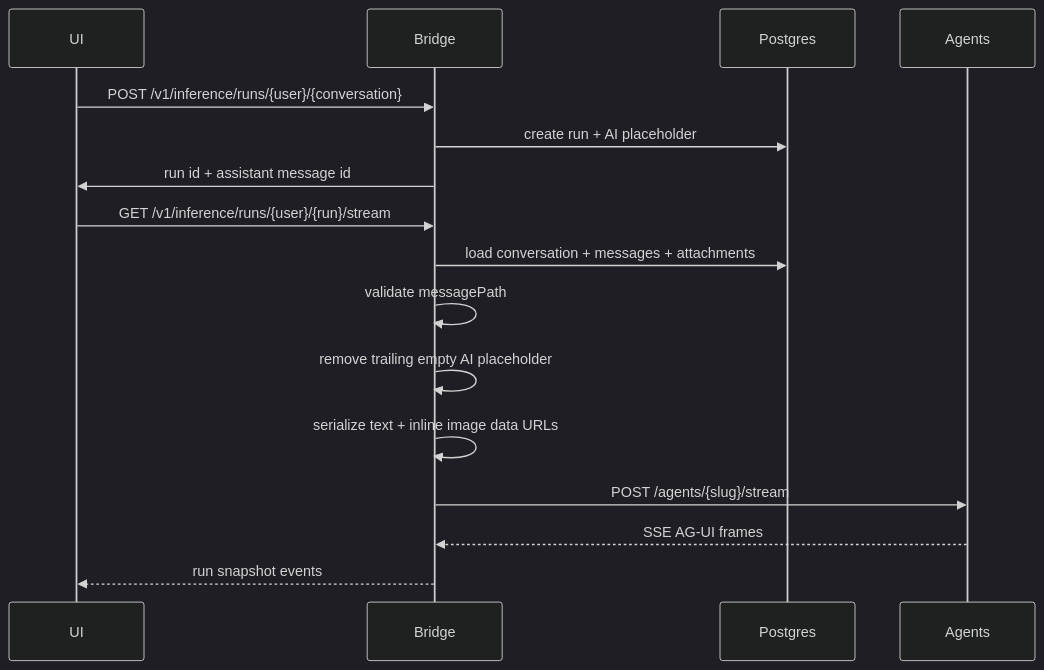
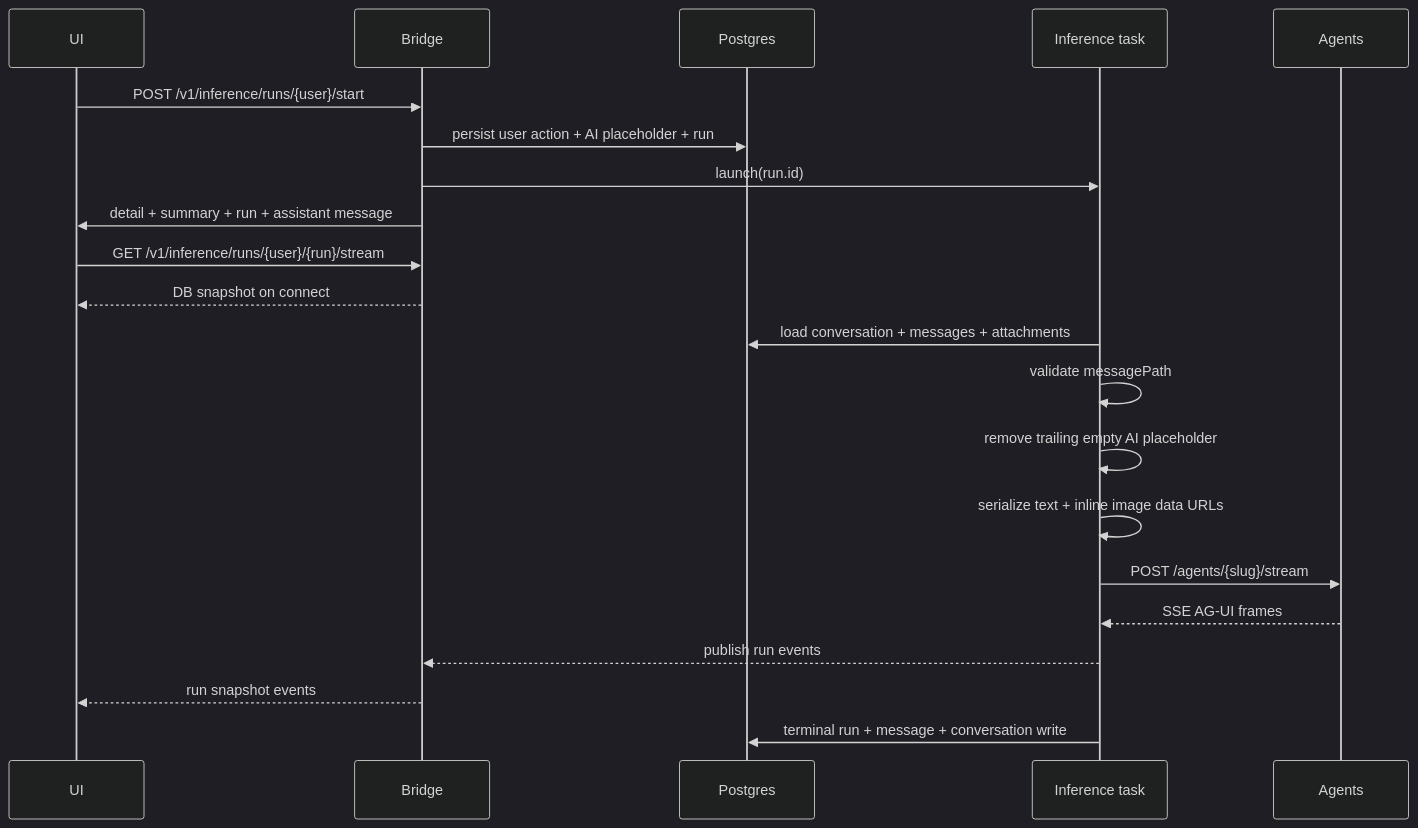
The sixth of 7 diagrams in src/dialogue_bridge/README.md (konstantinosmpouros/mAgenticX), drawn with Mermaid (dark theme) before and after one commit. The commit also changed other lines of this file and 9 other files, not shown here.

````diff
--- a/src/dialogue_bridge/README.md
+++ b/src/dialogue_bridge/README.md
@@ -297,19 +300,24 @@
 ```mermaid
 sequenceDiagram
     participant UI
     participant Bridge
     participant DB as Postgres
+    participant Task as Inference task
     participant Agents
 
-    UI->>Bridge: POST /v1/inference/runs/{user}/{conversation}
-    Bridge->>DB: create run + AI placeholder
-    Bridge->>UI: run id + assistant message id
+    UI->>Bridge: POST /v1/inference/runs/{user}/start
+    Bridge->>DB: persist user action + AI placeholder + run
+    Bridge->>Task: launch(run.id)
+    Bridge->>UI: detail + summary + run + assistant message
     UI->>Bridge: GET /v1/inference/runs/{user}/{run}/stream
-    Bridge->>DB: load conversation + messages + attachments
-    Bridge->>Bridge: validate messagePath
-    Bridge->>Bridge: remove trailing empty AI placeholder
-    Bridge->>Bridge: serialize text + inline image data URLs
-    Bridge->>Agents: POST /agents/{slug}/stream
-    Agents-->>Bridge: SSE AG-UI frames
+    Bridge-->>UI: DB snapshot on connect
+    Task->>DB: load conversation + messages + attachments
+    Task->>Task: validate messagePath
+    Task->>Task: remove trailing empty AI placeholder
+    Task->>Task: serialize text + inline image data URLs
+    Task->>Agents: POST /agents/{slug}/stream
+    Agents-->>Task: SSE AG-UI frames
+    Task-->>Bridge: publish run events
     Bridge-->>UI: run snapshot events
+    Task->>DB: terminal run + message + conversation write
 ```
````
